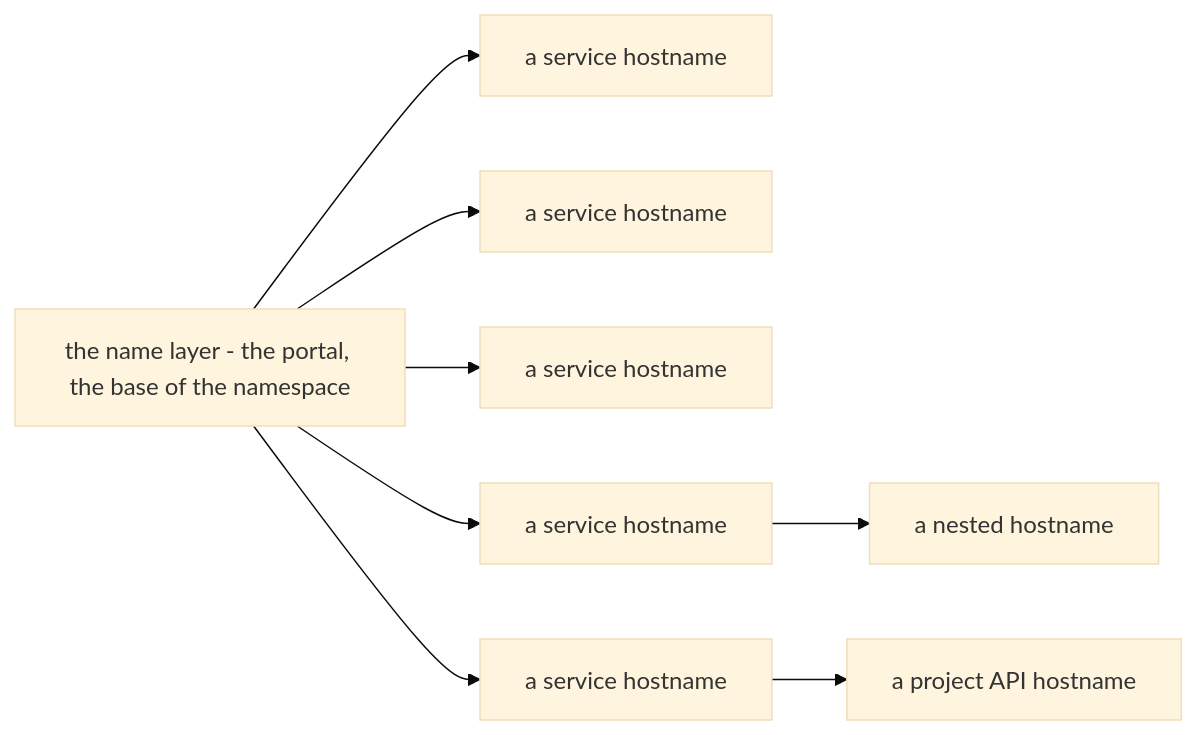
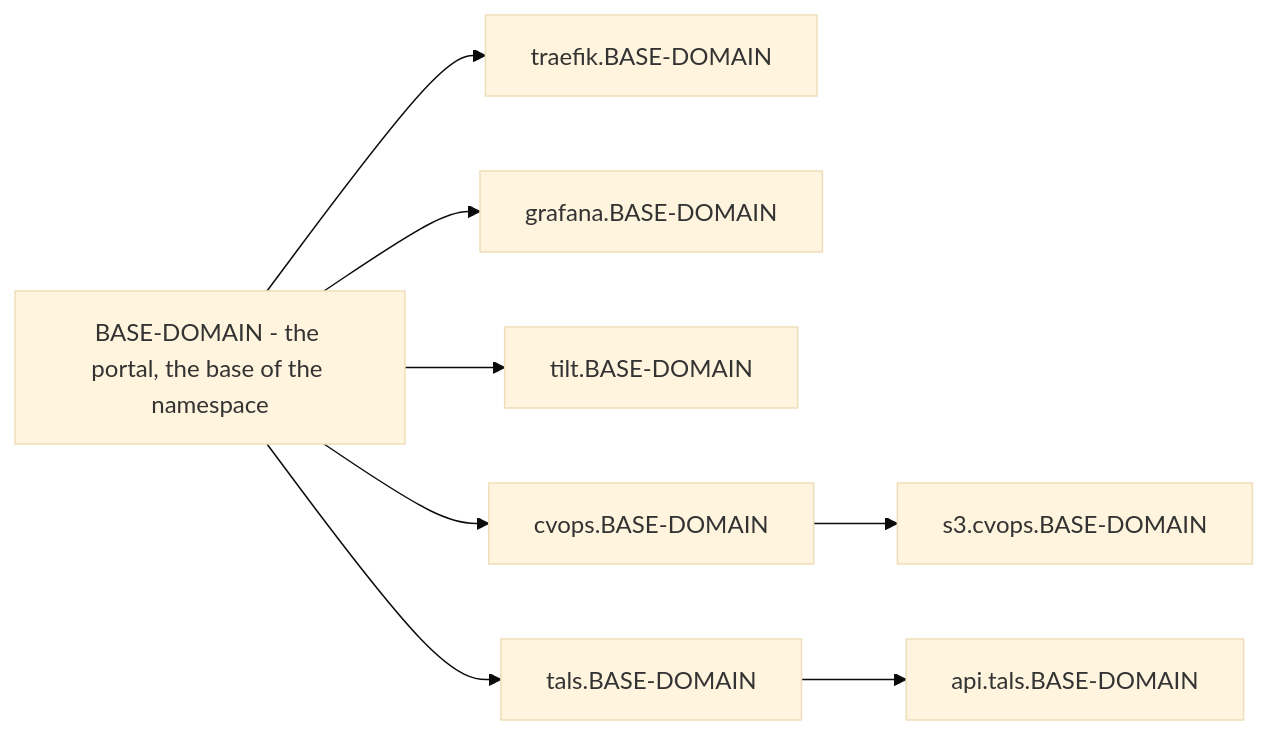
The diagram in docs/diagrams/naming-retired.mmd (YehudaBriskman/Bothy), drawn with Mermaid (base theme) before and after one commit. The commit also changed 25 other files, not shown here.

```diff
--- a/docs/diagrams/naming-retired.mmd
+++ b/docs/diagrams/naming-retired.mmd
@@ -1,12 +1,12 @@
 flowchart LR
-    BASE["the name layer - the portal, the base of the namespace"]
+    BASE["BASE-DOMAIN - the portal, the base of the namespace"]
 
-    BASE --> TRA["a service hostname"]
-    BASE --> GRA["a service hostname"]
-    BASE --> TIL["a service hostname"]
+    BASE --> TRA["traefik.BASE-DOMAIN"]
+    BASE --> GRA["grafana.BASE-DOMAIN"]
+    BASE --> TIL["tilt.BASE-DOMAIN"]
 
-    BASE --> CVO["a service hostname"]
-    CVO --> CS3["a nested hostname"]
+    BASE --> CVO["cvops.BASE-DOMAIN"]
+    CVO --> CS3["s3.cvops.BASE-DOMAIN"]
 
-    BASE --> TAL["a service hostname"]
-    TAL --> TAPI["a project API hostname"]
+    BASE --> TAL["tals.BASE-DOMAIN"]
+    TAL --> TAPI["api.tals.BASE-DOMAIN"]
```
